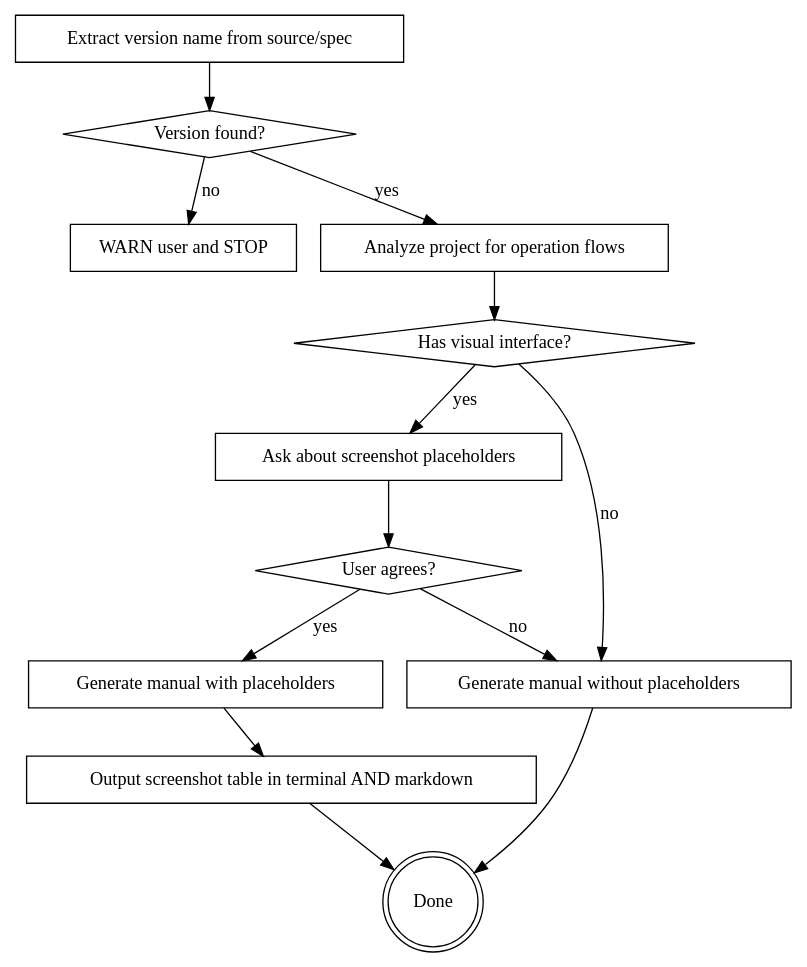
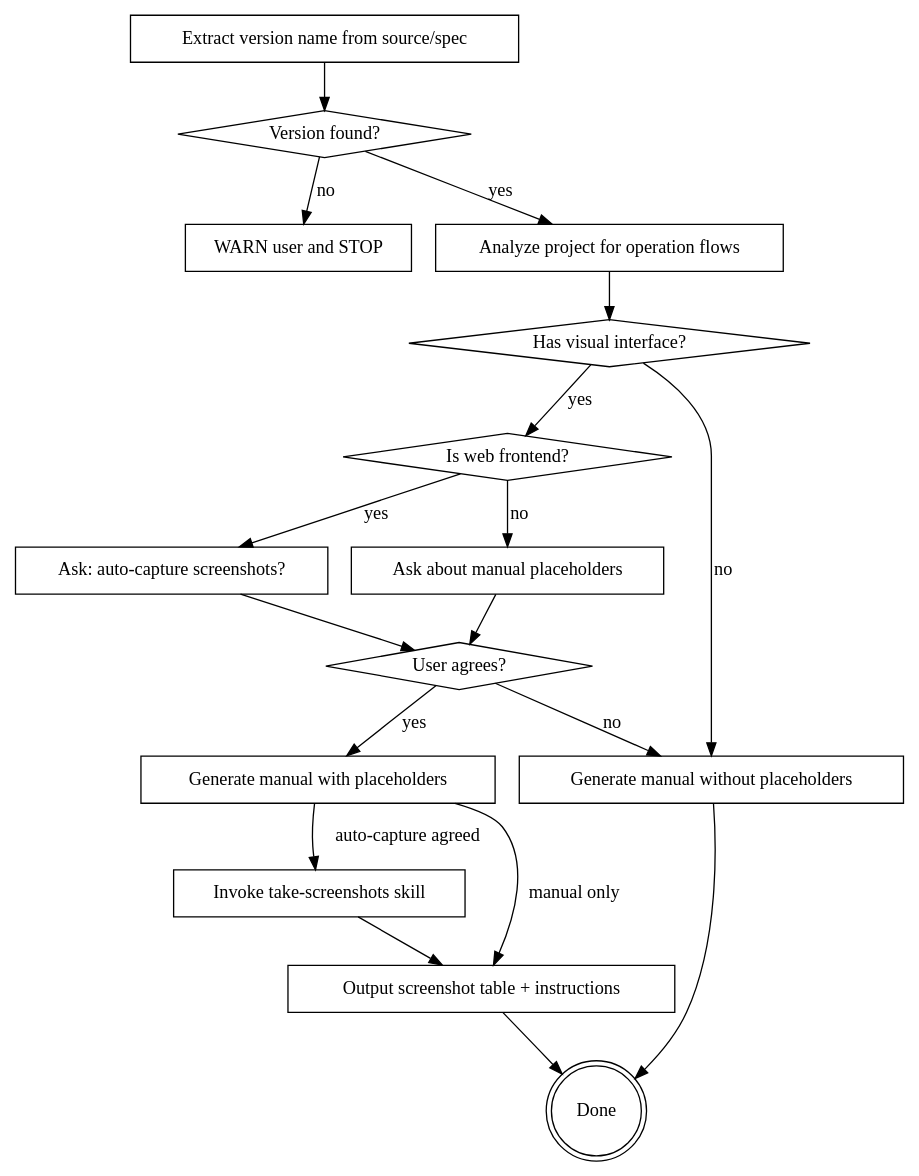
The second of 3 diagrams in skills/writing-user-manual/SKILL.md (wisquest/yanzhi-user-manual-generator), drawn with Graphviz before and after one commit. The commit also changed other lines of this file and 4 other files, not shown here.

First line of the commit message:
docs: integrate auto-capture screenshots into writing-user-manual skill

````diff
--- a/skills/writing-user-manual/SKILL.md
+++ b/skills/writing-user-manual/SKILL.md
@@ -39,28 +39,36 @@
 ```dot
 digraph generate_flow {
   "Extract version name from source/spec" [shape=box];
   "Version found?" [shape=diamond];
   "WARN user and STOP" [shape=box];
   "Analyze project for operation flows" [shape=box];
   "Has visual interface?" [shape=diamond];
-  "Ask about screenshot placeholders" [shape=box];
+  "Is web frontend?" [shape=diamond];
+  "Ask: auto-capture screenshots?" [shape=box];
+  "Ask about manual placeholders" [shape=box];
   "User agrees?" [shape=diamond];
   "Generate manual with placeholders" [shape=box];
   "Generate manual without placeholders" [shape=box];
-  "Output screenshot table in terminal AND markdown" [shape=box];
+  "Invoke take-screenshots skill" [shape=box];
+  "Output screenshot table + instructions" [shape=box];
   "Done" [shape=doublecircle];
 
   "Extract version name from source/spec" -> "Version found?";
   "Version found?" -> "WARN user and STOP" [label="no"];
   "Version found?" -> "Analyze project for operation flows" [label="yes"];
   "Analyze project for operation flows" -> "Has visual interface?";
-  "Has visual interface?" -> "Ask about screenshot placeholders" [label="yes"];
+  "Has visual interface?" -> "Is web frontend?" [label="yes"];
   "Has visual interface?" -> "Generate manual without placeholders" [label="no"];
-  "Ask about screenshot placeholders" -> "User agrees?";
+  "Is web frontend?" -> "Ask: auto-capture screenshots?" [label="yes"];
+  "Is web frontend?" -> "Ask about manual placeholders" [label="no"];
+  "Ask: auto-capture screenshots?" -> "User agrees?";
+  "Ask about manual placeholders" -> "User agrees?";
   "User agrees?" -> "Generate manual with placeholders" [label="yes"];
   "User agrees?" -> "Generate manual without placeholders" [label="no"];
-  "Generate manual with placeholders" -> "Output screenshot table in terminal AND markdown";
+  "Generate manual with placeholders" -> "Invoke take-screenshots skill" [label="auto-capture agreed"];
+  "Generate manual with placeholders" -> "Output screenshot table + instructions" [label="manual only"];
   "Generate manual without placeholders" -> "Done";
-  "Output screenshot table in terminal AND markdown" -> "Done";
+  "Invoke take-screenshots skill" -> "Output screenshot table + instructions";
+  "Output screenshot table + instructions" -> "Done";
 }
 ```
````
